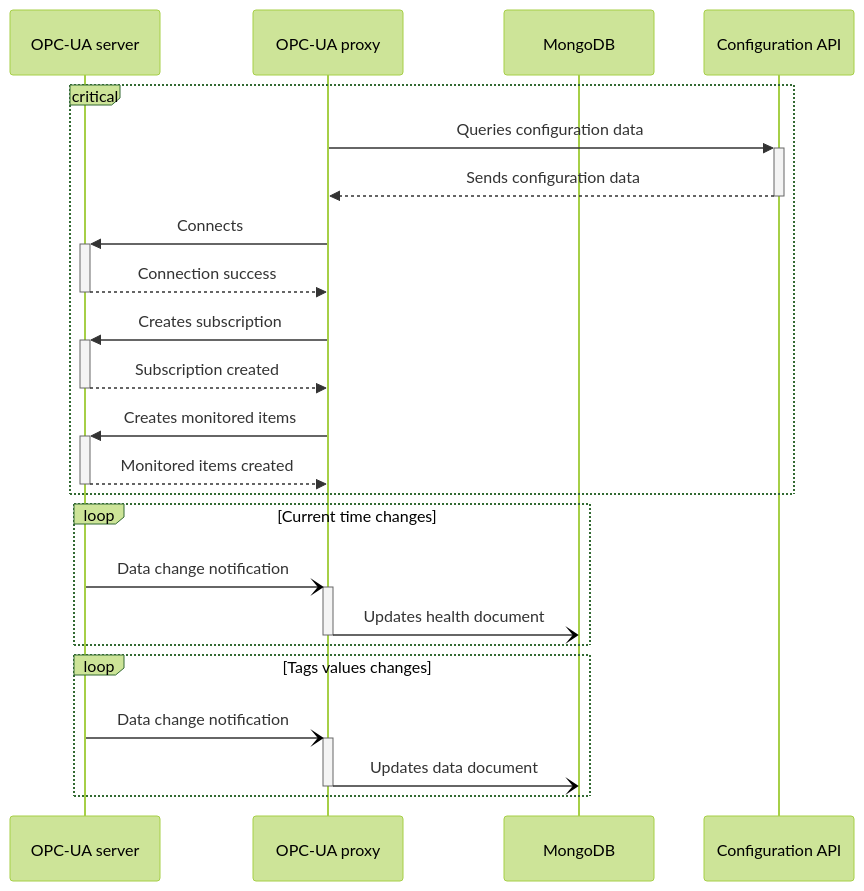
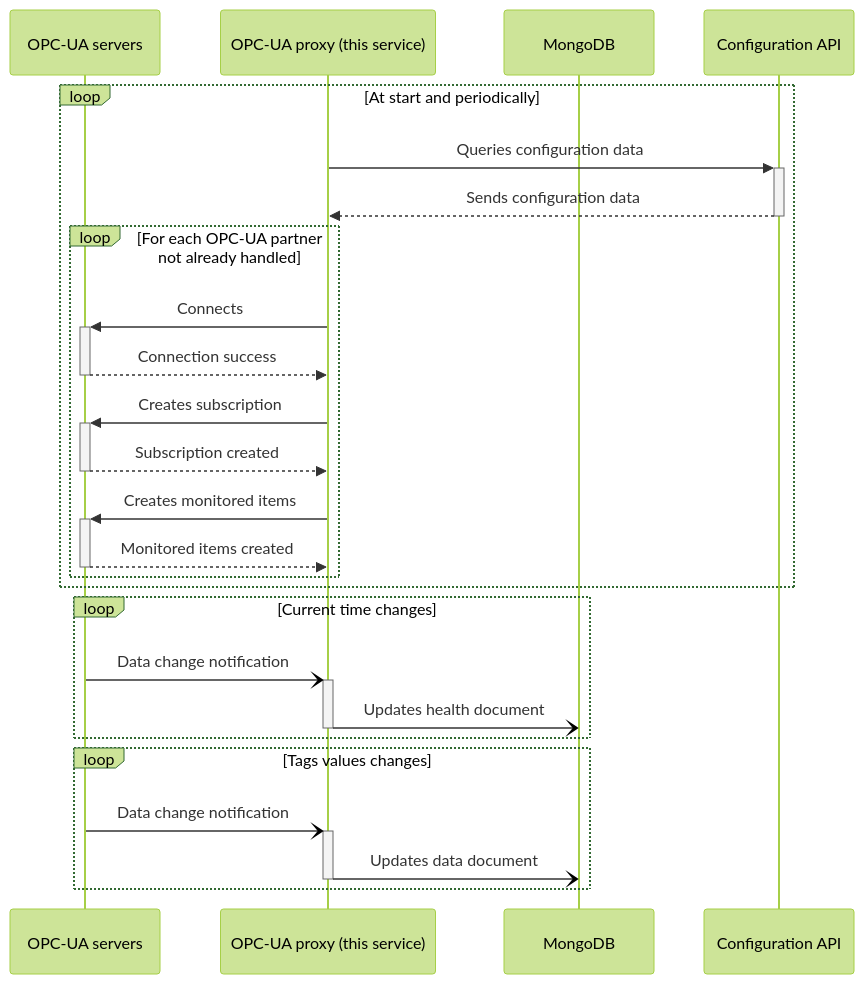
The diagram in README.md (cailloumajor/opcua-proxy), drawn with Mermaid (forest theme) before and after one commit. The commit also changed other lines of this file and 23 other files, not shown here.

````diff
--- a/README.md
+++ b/README.md
@@ -120,25 +121,27 @@
 ```mermaid
 sequenceDiagram
-    participant OPCServer as OPC-UA server
-    participant Proxy as OPC-UA proxy
+    participant OPCServer as OPC-UA servers
+    participant opcua-proxy as OPC-UA proxy (this service)
     participant MongoDB
     participant ConfigAPI as Configuration API
-    critical
-        Proxy->>+ConfigAPI: Queries configuration data
-        ConfigAPI-->>-Proxy: Sends configuration data
-        Proxy->>+OPCServer: Connects
-        OPCServer-->>-Proxy: Connection success
-        Proxy->>+OPCServer: Creates subscription
-        OPCServer-->>-Proxy: Subscription created
-        Proxy->>+OPCServer: Creates monitored items
-        OPCServer-->>-Proxy: Monitored items created
+    loop At start and periodically
+    opcua-proxy->>+ConfigAPI: Queries configuration data
+    ConfigAPI-->>-opcua-proxy: Sends configuration data
+        loop For each OPC-UA partner not already handled
+            opcua-proxy->>+OPCServer: Connects
+            OPCServer-->>-opcua-proxy: Connection success
+            opcua-proxy->>+OPCServer: Creates subscription
+            OPCServer-->>-opcua-proxy: Subscription created
+            opcua-proxy->>+OPCServer: Creates monitored items
+            OPCServer-->>-opcua-proxy: Monitored items created
+        end
     end
     loop Current time changes
-        OPCServer-)+Proxy: Data change notification
-        Proxy-)-MongoDB: Updates health document
+        OPCServer-)+opcua-proxy: Data change notification
+        opcua-proxy-)-MongoDB: Updates health document
     end
     loop Tags values changes
-        OPCServer-)+Proxy: Data change notification
-        Proxy-)-MongoDB: Updates data document
+        OPCServer-)+opcua-proxy: Data change notification
+        opcua-proxy-)-MongoDB: Updates data document
     end
 ```
````
